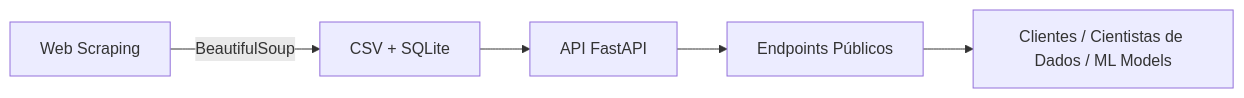
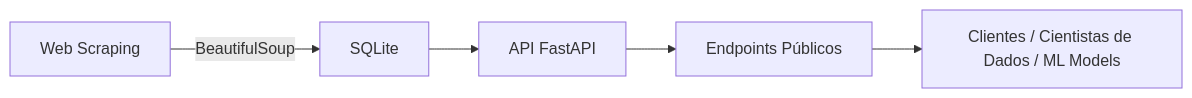
The diagram in readme.md (thaisnsb/TechChallenge01-FIAP), drawn with Mermaid before and after one commit.

Commit message:
alterações readme

````diff
--- a/readme.md
+++ b/readme.md
@@ -48,8 +48,8 @@
 ```mermaid
 graph LR
-    A[Web Scraping] -->|BeautifulSoup| B[CSV + SQLite]
+    A[Web Scraping] -->|BeautifulSoup| B[SQLite]
     B --> C[API FastAPI]
     C --> D[Endpoints Públicos]
     D --> E[Clientes / Cientistas de Dados / ML Models]
 
 ```
````
